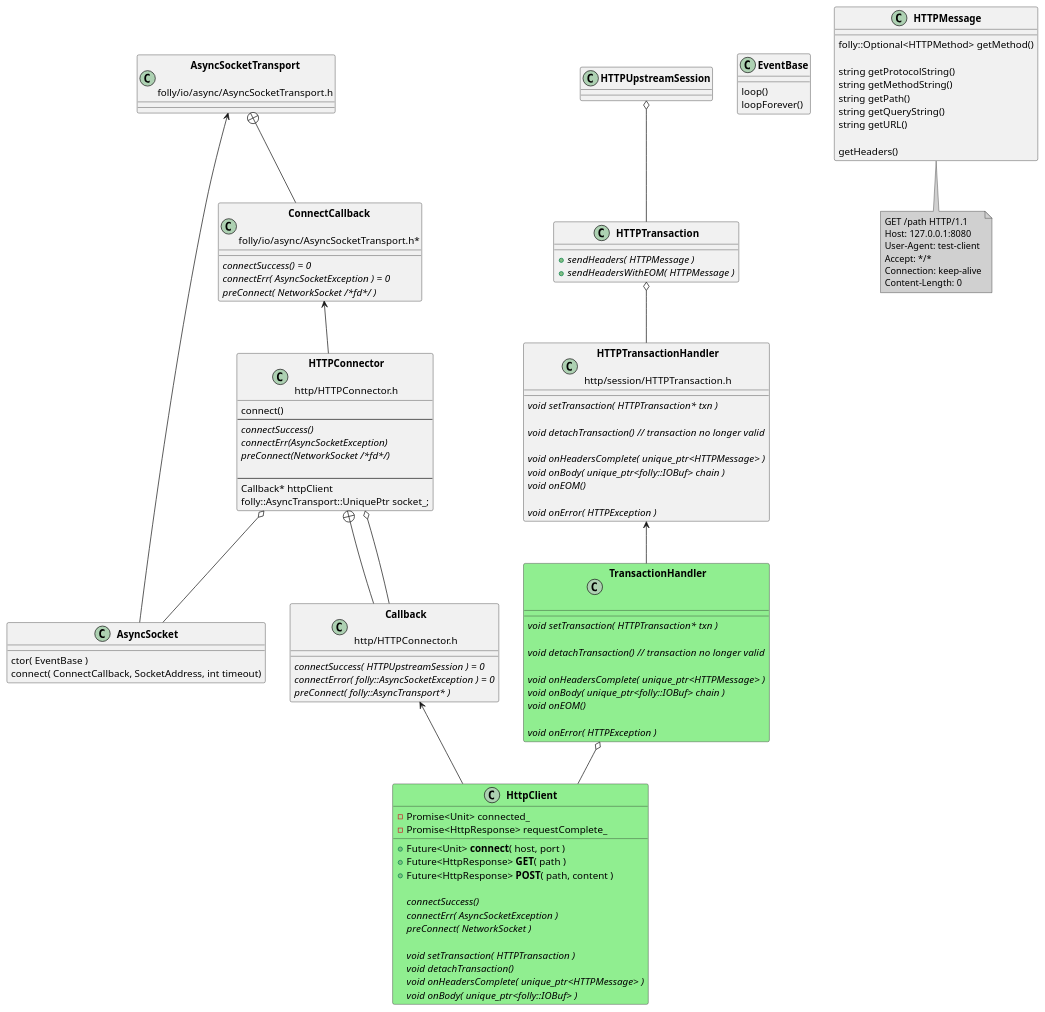
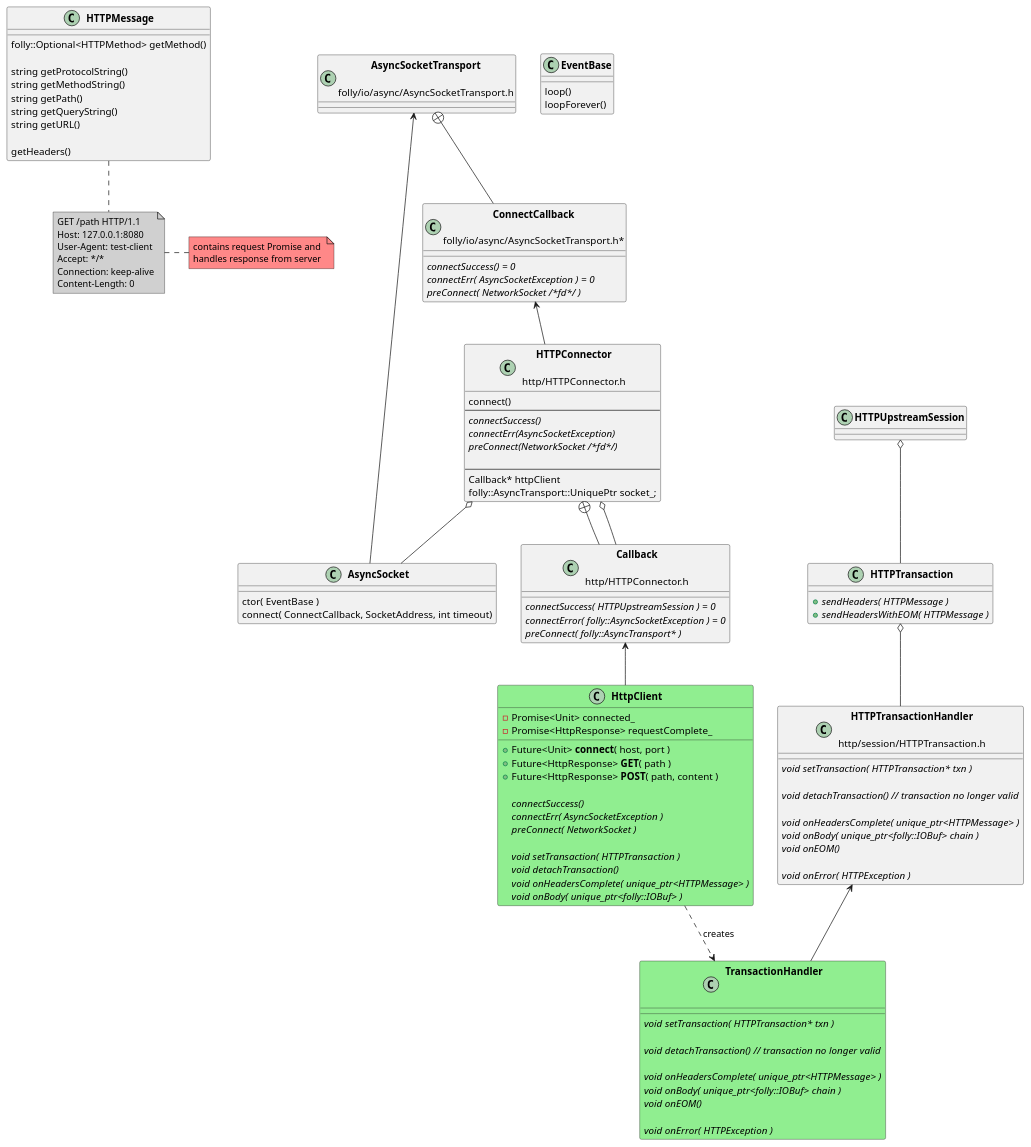
Before and after one commit to patrickhallinan/hello-proxygen: the fourth of 4 diagrams in doc/http-client.adoc, drawn with PlantUML. The commit also changed 1 other file, not shown here.

Commit message:
update HttpClient class diagram

```diff
--- a/doc/http-client.adoc
+++ b/doc/http-client.adoc
@@ -291,8 +291,11 @@
 HTTPUpstreamSession o-- HTTPTransaction
 HTTPTransaction o-- HTTPTransactionHandler
 
-TransactionHandler o-- HttpClient
-
+HttpClient ..> TransactionHandler : creates 
+note right #ff8888
+    contains request Promise and
+    handles response from server 
+end note
 
 class EventBase {
     loop()
```
